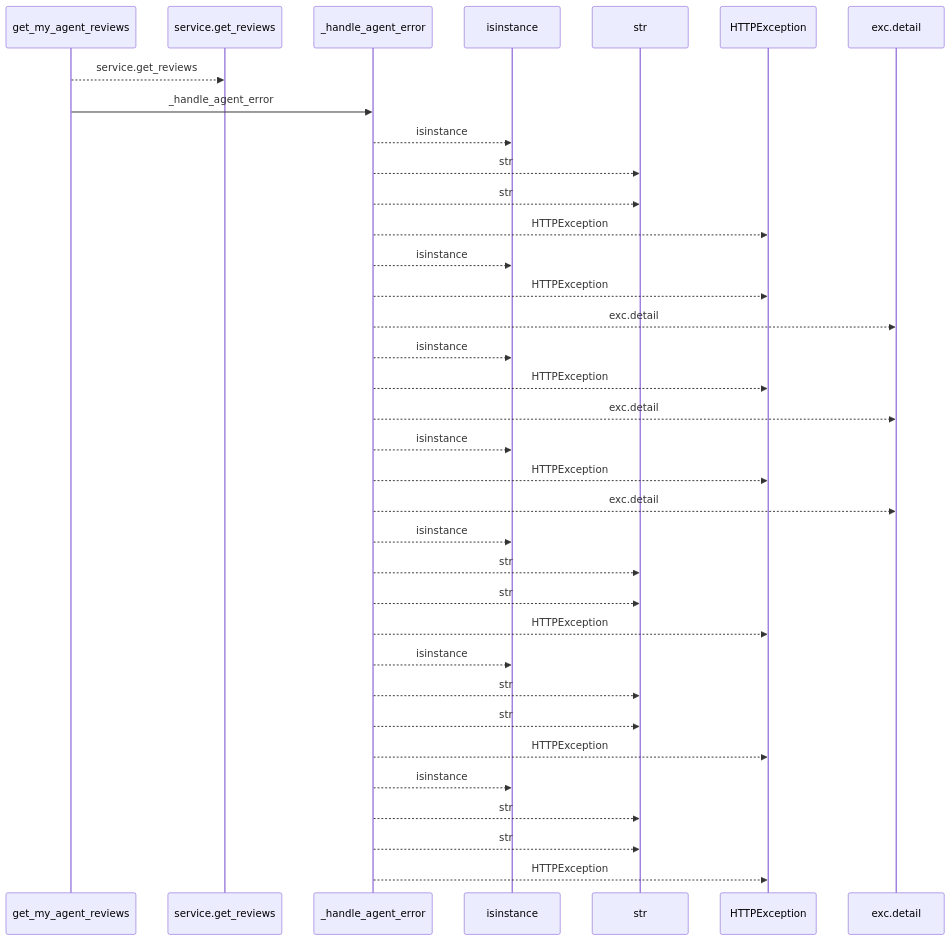
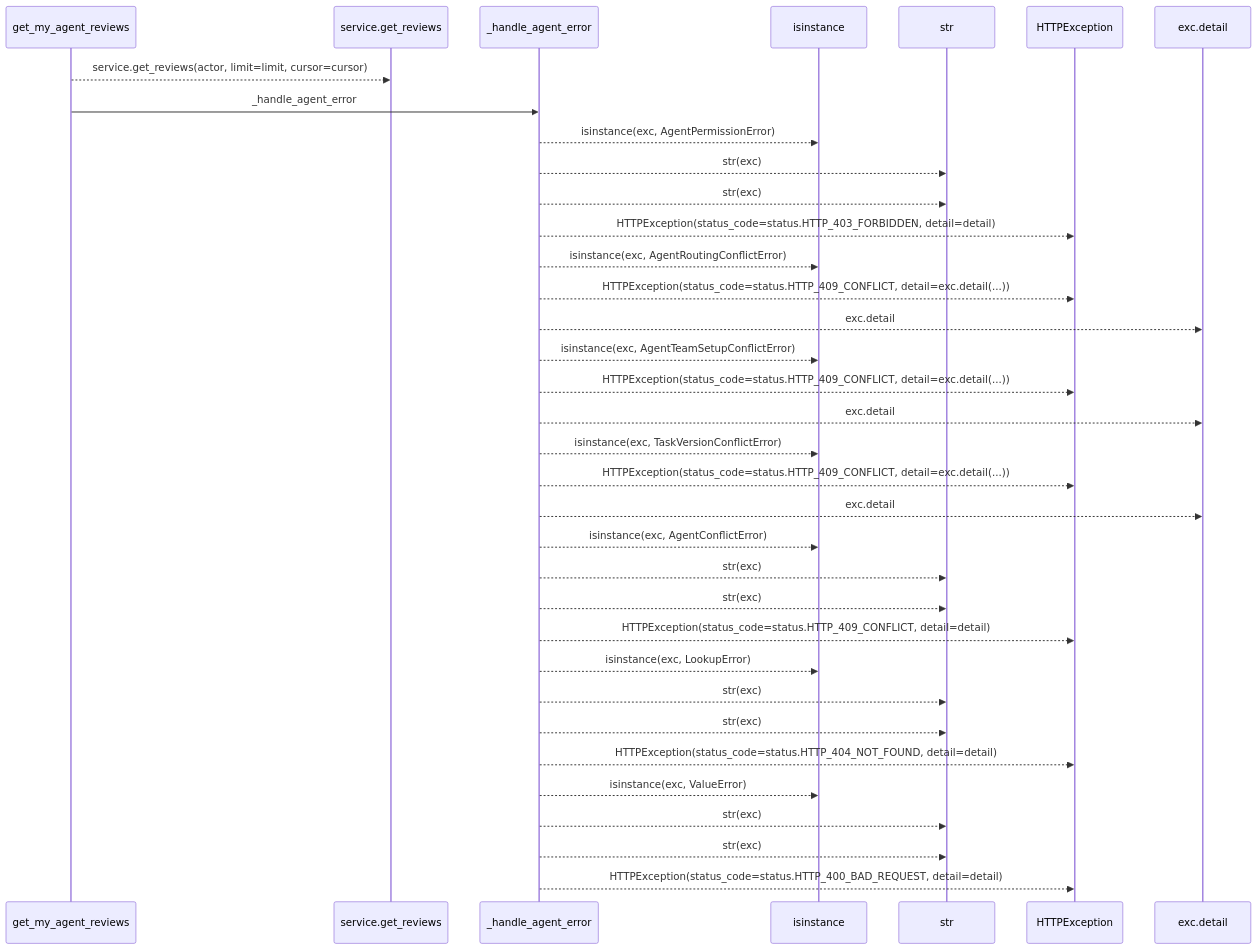
Before and after one commit to Denissvgn/WorkChord: the first of 2 diagrams in docs/llm_wiki/flows/http-get_my_agent_reviews.md, drawn with Mermaid. The commit also changed other lines of this file and 25171 other files, not shown here.

````diff
--- a/docs/llm_wiki/flows/http-get_my_agent_reviews.md
+++ b/docs/llm_wiki/flows/http-get_my_agent_reviews.md
@@ -10,37 +12,37 @@
 ```mermaid
 sequenceDiagram
     participant p0 as get_my_agent_reviews
     participant p1 as service.get_reviews
     participant p2 as _handle_agent_error
     participant p3 as isinstance
     participant p4 as str
     participant p5 as HTTPException
     participant p6 as exc.detail
-    p0-->>p1: service.get_reviews
+    p0-->>p1: service.get_reviews(actor, limit=limit, cursor=cursor)
     p0->>p2: _handle_agent_error
-    p2-->>p3: isinstance
-    p2-->>p4: str
-    p2-->>p4: str
-    p2-->>p5: HTTPException
-    p2-->>p3: isinstance
-    p2-->>p5: HTTPException
+    p2-->>p3: isinstance(exc, AgentPermissionError)
+    p2-->>p4: str(exc)
+    p2-->>p4: str(exc)
+    p2-->>p5: HTTPException(status_code=status.HTTP_403_FORBIDDEN, detail=detail)
+    p2-->>p3: isinstance(exc, AgentRoutingConflictError)
+    p2-->>p5: HTTPException(status_code=status.HTTP_409_CONFLICT, detail=exc.detail(...))
     p2-->>p6: exc.detail
-    p2-->>p3: isinstance
-    p2-->>p5: HTTPException
+    p2-->>p3: isinstance(exc, AgentTeamSetupConflictError)
+    p2-->>p5: HTTPException(status_code=status.HTTP_409_CONFLICT, detail=exc.detail(...))
     p2-->>p6: exc.detail
-    p2-->>p3: isinstance
-    p2-->>p5: HTTPException
+    p2-->>p3: isinstance(exc, TaskVersionConflictError)
+    p2-->>p5: HTTPException(status_code=status.HTTP_409_CONFLICT, detail=exc.detail(...))
     p2-->>p6: exc.detail
-    p2-->>p3: isinstance
-    p2-->>p4: str
-    p2-->>p4: str
-    p2-->>p5: HTTPException
-    p2-->>p3: isinstance
-    p2-->>p4: str
-    p2-->>p4: str
-    p2-->>p5: HTTPException
-    p2-->>p3: isinstance
-    p2-->>p4: str
-    p2-->>p4: str
-    p2-->>p5: HTTPException
+    p2-->>p3: isinstance(exc, AgentConflictError)
+    p2-->>p4: str(exc)
+    p2-->>p4: str(exc)
+    p2-->>p5: HTTPException(status_code=status.HTTP_409_CONFLICT, detail=detail)
+    p2-->>p3: isinstance(exc, LookupError)
+    p2-->>p4: str(exc)
+    p2-->>p4: str(exc)
+    p2-->>p5: HTTPException(status_code=status.HTTP_404_NOT_FOUND, detail=detail)
+    p2-->>p3: isinstance(exc, ValueError)
+    p2-->>p4: str(exc)
+    p2-->>p4: str(exc)
+    p2-->>p5: HTTPException(status_code=status.HTTP_400_BAD_REQUEST, detail=detail)
 ```
````
